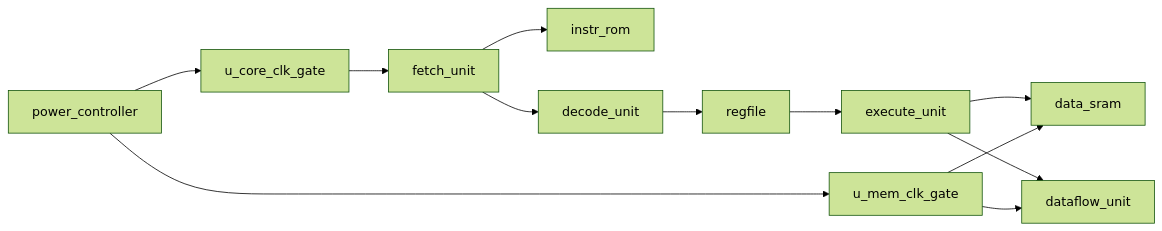
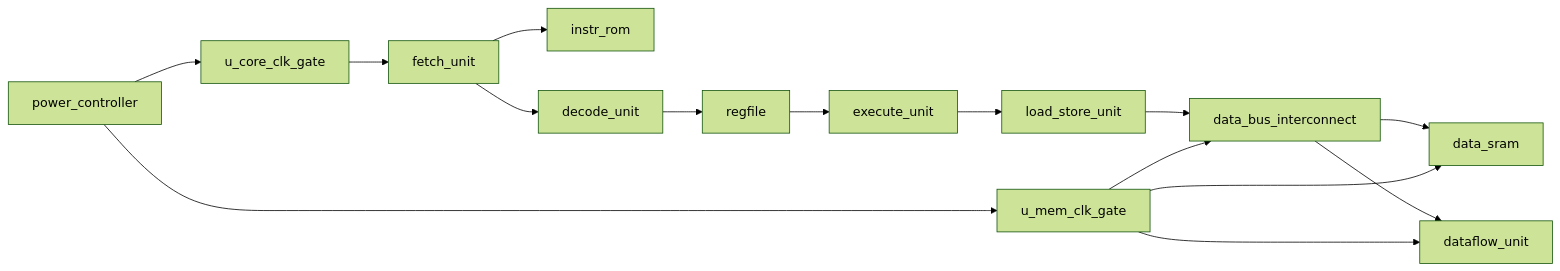
One commit to nagu-dhanwada/mobile-cpu-upf changed the diagram in docs/architecture.md. Above: the diagram before and after it, drawn with Mermaid (forest theme). The commit also changed other lines of this file and 22 other files, not shown here.

Commit message:
Add tiny load-store bus and interconnect

````diff
--- a/docs/architecture.md
+++ b/docs/architecture.md
@@ -7,14 +7,17 @@
 ```mermaid
 flowchart LR
     PC["power_controller"] --> CG0["u_core_clk_gate"]
     PC --> CG1["u_mem_clk_gate"]
     CG0 --> F["fetch_unit"]
     F --> I["instr_rom"]
     F --> D["decode_unit"]
     D --> R["regfile"]
     R --> X["execute_unit"]
-    X --> M["data_sram"]
-    X --> DF["dataflow_unit"]
+    X --> LSU["load_store_unit"]
+    LSU --> BUS["data_bus_interconnect"]
+    BUS --> M["data_sram"]
+    BUS --> DF["dataflow_unit"]
     CG1 --> M
     CG1 --> DF
+    CG1 --> BUS
 ```
````
